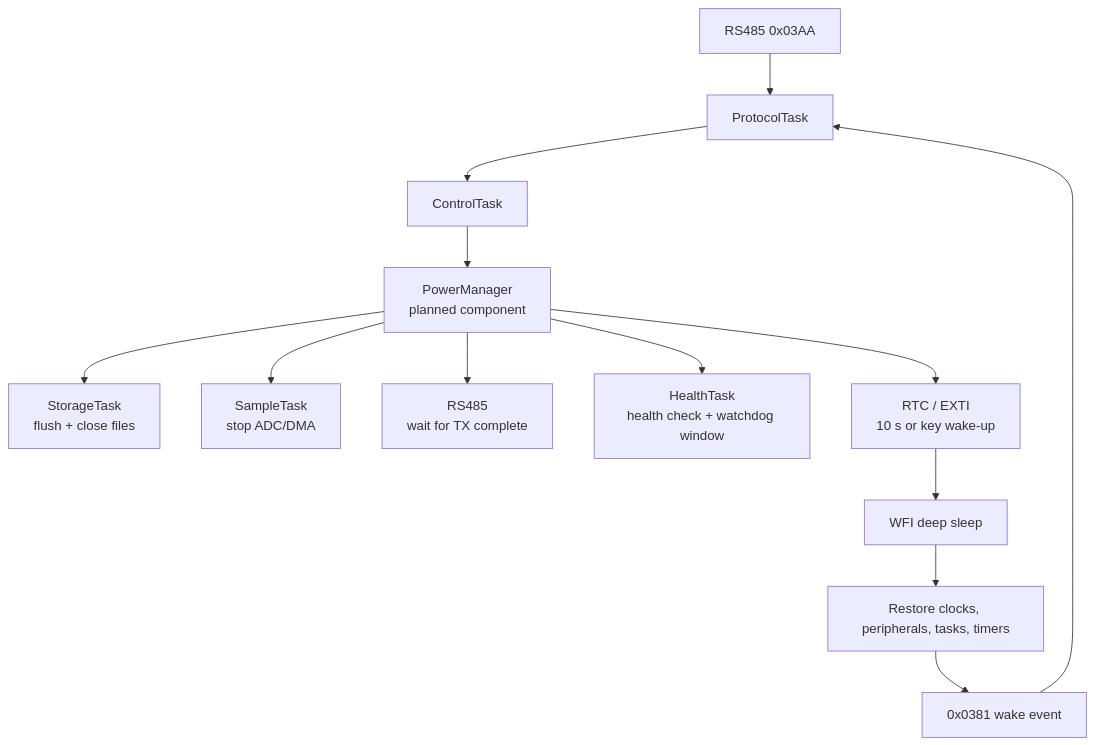
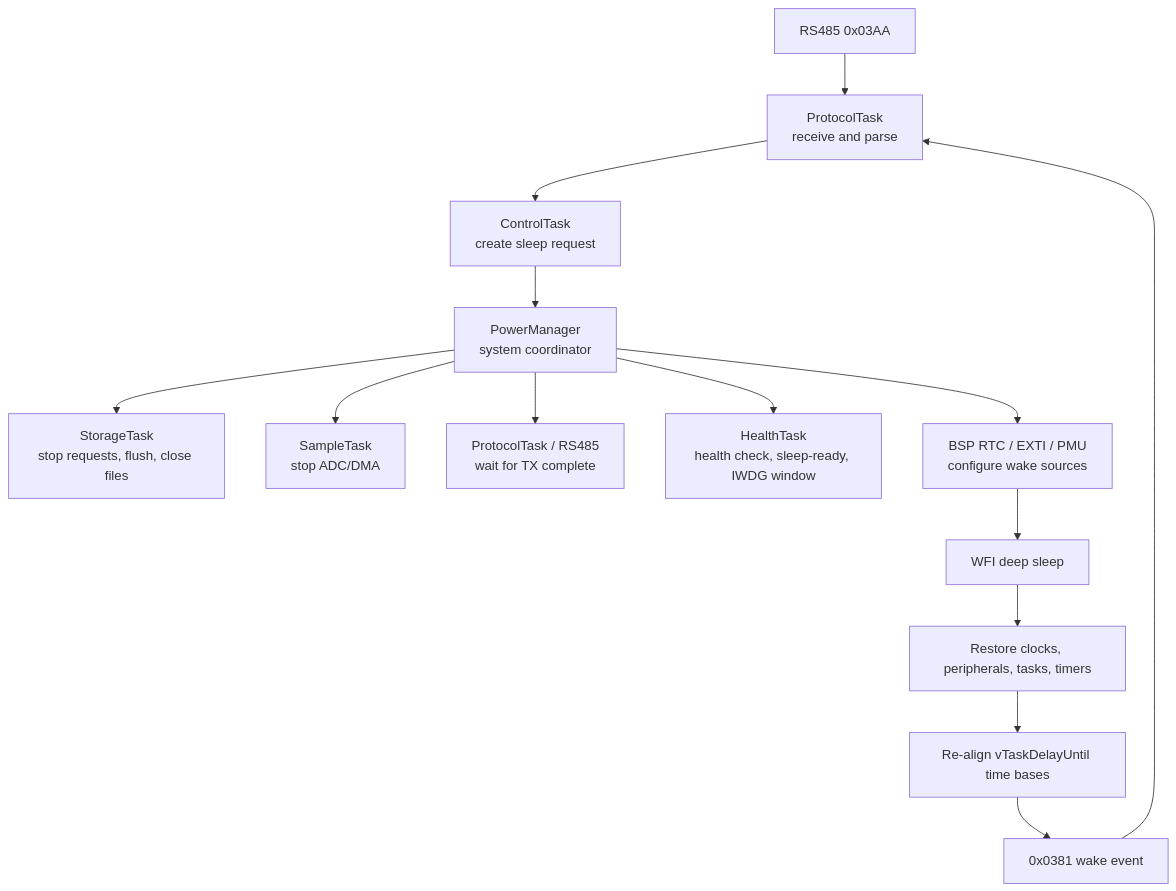
One commit to TheMIrddddddddd/EmbeddedSystem changed the second of 2 diagrams in README_EN.md. Above: the diagram before and after it, drawn with Mermaid. The commit also changed other lines of this file and 3 other files, not shown here.

```diff
--- a/README_EN.md
+++ b/README_EN.md
@@ -294,24 +315,25 @@
 ~~~mermaid
 flowchart TD
     CMD["RS485 0x03AA"]
-    P["ProtocolTask"]
-    C["ControlTask"]
-    PM["PowerManager<br/>planned component"]
-    S["StorageTask<br/>flush + close files"]
+    P["ProtocolTask<br/>receive and parse"]
+    C["ControlTask<br/>create sleep request"]
+    PM["PowerManager<br/>system coordinator"]
+    S["StorageTask<br/>stop requests, flush, close files"]
     A["SampleTask<br/>stop ADC/DMA"]
-    R["RS485<br/>wait for TX complete"]
-    H["HealthTask<br/>health check + watchdog window"]
-    W["RTC / EXTI<br/>10 s or key wake-up"]
-    SLEEP["WFI deep sleep"]
+    R["ProtocolTask / RS485<br/>wait for TX complete"]
+    H["HealthTask<br/>health check, sleep-ready, IWDG window"]
+    HW["BSP RTC / EXTI / PMU<br/>configure wake sources"]
+    WFI["WFI deep sleep"]
     RESTORE["Restore clocks, peripherals, tasks, timers"]
+    TICK["Re-align vTaskDelayUntil time bases"]
     EVENT["0x0381 wake event"]
 
     CMD --> P --> C --> PM
     PM --> S
     PM --> A
     PM --> R
     PM --> H
-    PM --> W --> SLEEP
-    SLEEP --> RESTORE --> EVENT
+    PM --> HW --> WFI
+    WFI --> RESTORE --> TICK --> EVENT
     EVENT --> P
 ~~~
```
